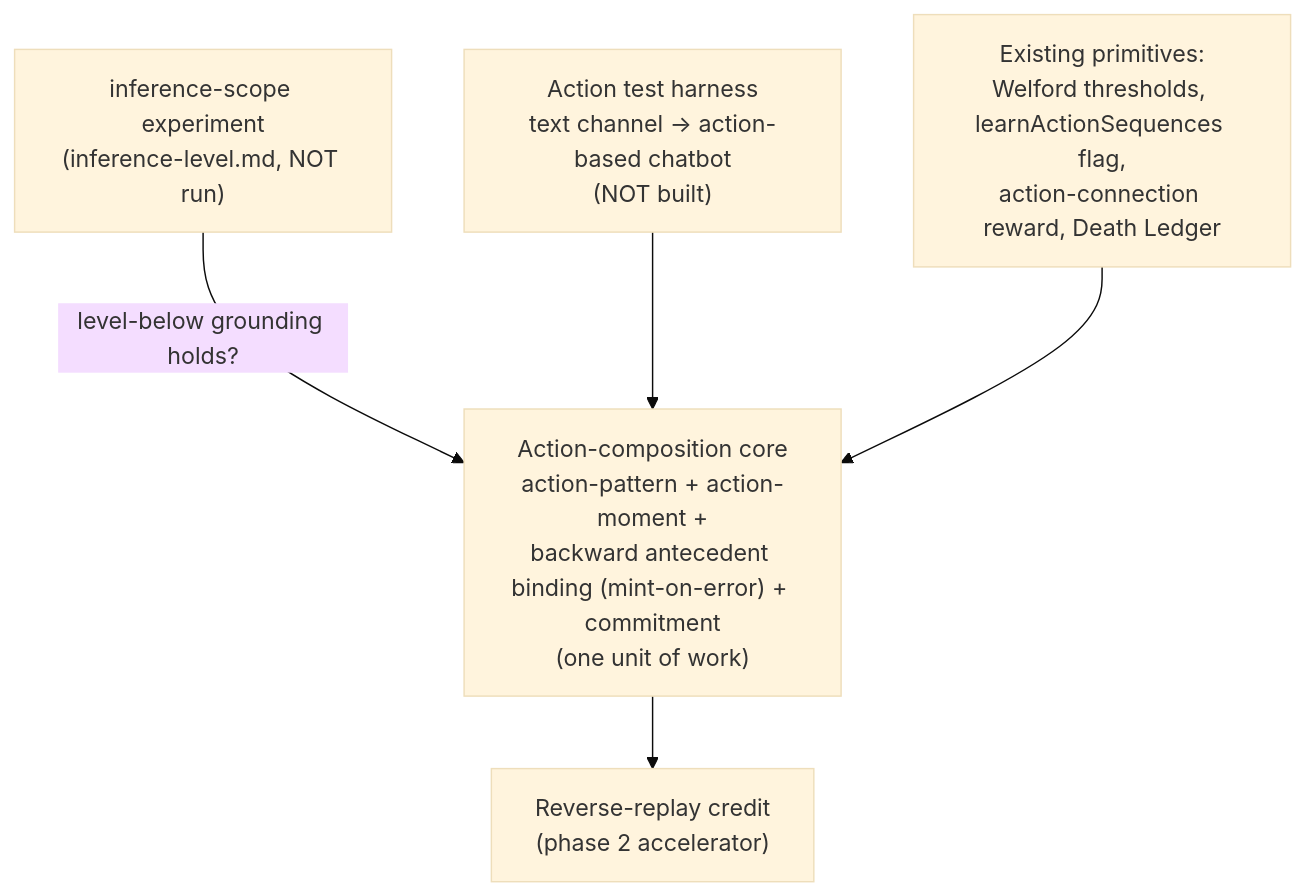
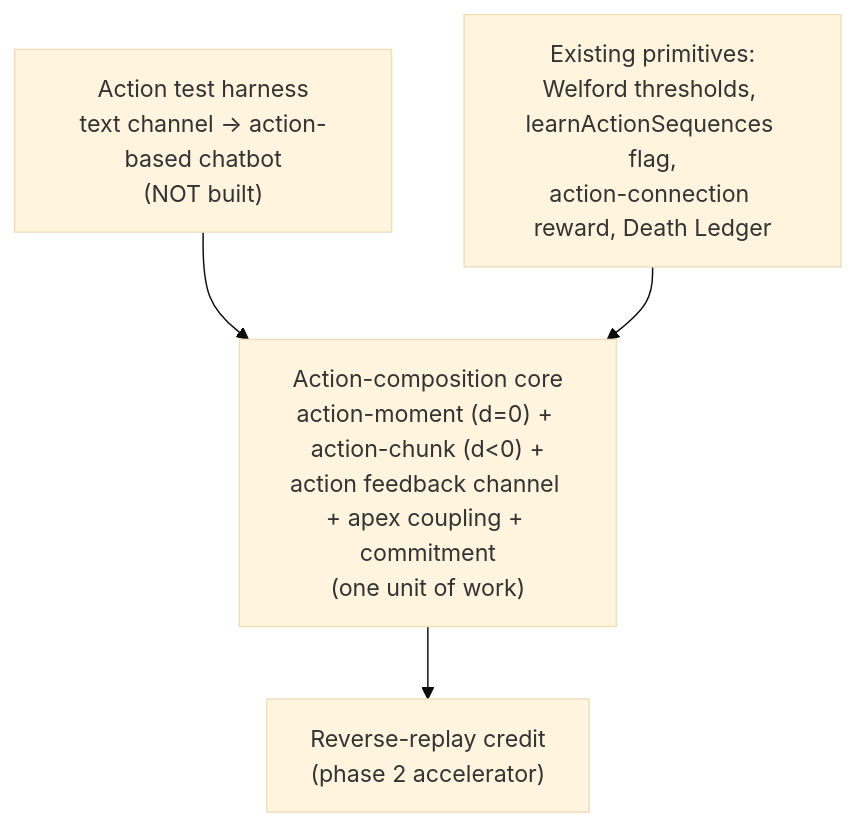
Before and after one commit to cucar/robot_brain: the diagram in docs/action-composition.md, drawn with Mermaid (base theme). The commit also changed other lines of this file and 3 other files, not shown here.

Commit message:
inference levels bust + mnist tests + action composition design improvements

````diff
--- a/docs/action-composition.md
+++ b/docs/action-composition.md
@@ -105,7 +293,6 @@
 ```mermaid
 graph TD
-    P1["inference-scope experiment<br/>(inference-level.md, NOT run)"] -->|level-below grounding holds?| CORE
     HARNESS["Action test harness<br/>text channel → action-based chatbot<br/>(NOT built)"] --> CORE
-    CORE["Action-composition core<br/>action-pattern + action-moment +<br/>backward antecedent binding (mint-on-error) + commitment<br/>(one unit of work)"] --> REPLAY["Reverse-replay credit<br/>(phase 2 accelerator)"]
+    CORE["Action-composition core<br/>action-moment (d=0) + action-chunk (d<0) +<br/>action feedback channel + apex coupling + commitment<br/>(one unit of work)"] --> REPLAY["Reverse-replay credit<br/>(phase 2 accelerator)"]
     EXIST["Existing primitives:<br/>Welford thresholds, learnActionSequences flag,<br/>action-connection reward, Death Ledger"] --> CORE
 ```
````
